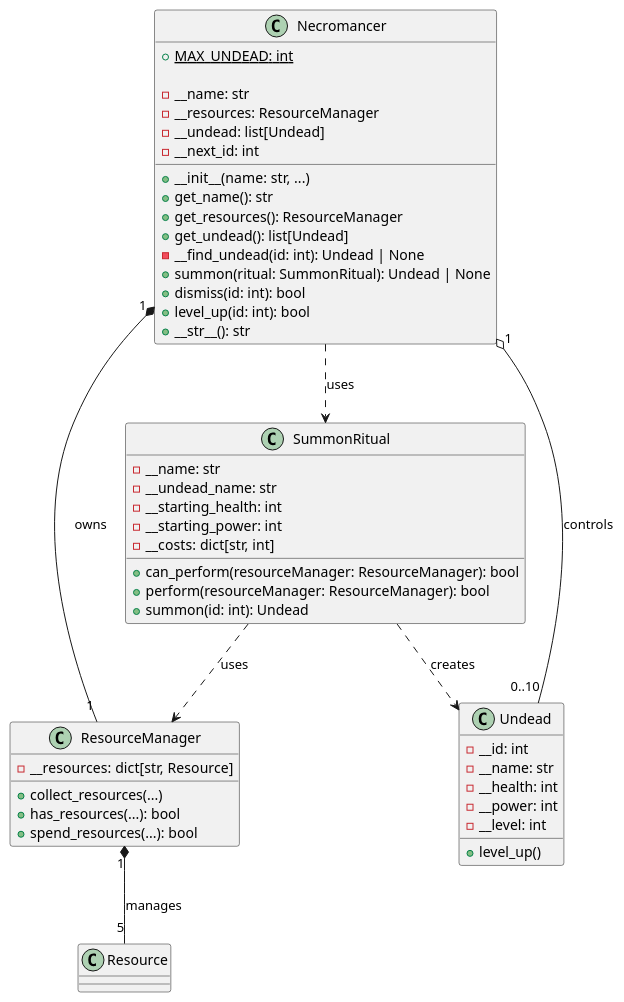
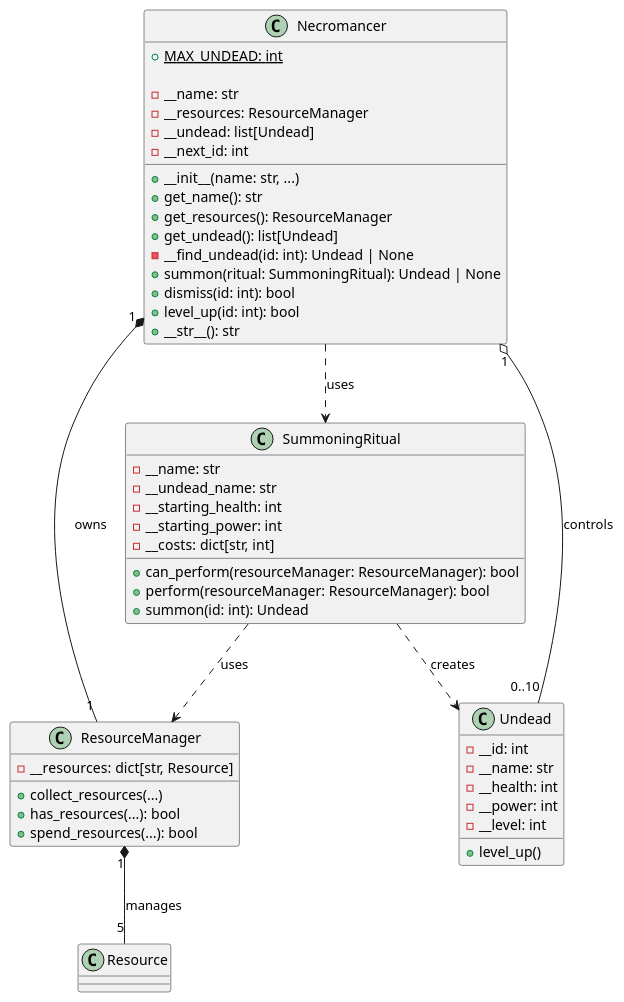
One commit to connoryyan/COMP1005_Object_Oriented_Programming changed the diagram in Project2/UML2.pu. Above: the diagram before and after it, drawn with PlantUML. The commit also changed 15 other files, not shown here.

```diff
--- a/Project2/UML2.pu
+++ b/Project2/UML2.pu
@@ -1,63 +1,63 @@
 @startuml
 
 class Necromancer {
     {static} + MAX_UNDEAD: int
 
     - __name: str
     - __resources: ResourceManager
     - __undead: list[Undead]
     - __next_id: int
 
     + __init__(name: str, ...)
     + get_name(): str
     + get_resources(): ResourceManager
     + get_undead(): list[Undead]
     - __find_undead(id: int): Undead | None
-    + summon(ritual: SummonRitual): Undead | None
+    + summon(ritual: SummoningRitual): Undead | None
     + dismiss(id: int): bool
     + level_up(id: int): bool
     + __str__(): str
 }
 
 class ResourceManager {
     - __resources: dict[str, Resource]
 
     + collect_resources(...)
     + has_resources(...): bool
     + spend_resources(...): bool
 }
 
 class Resource
 
-class SummonRitual {
+class SummoningRitual {
     - __name: str
     - __undead_name: str
     - __starting_health: int
     - __starting_power: int
     - __costs: dict[str, int]
 
     + can_perform(resourceManager: ResourceManager): bool
     + perform(resourceManager: ResourceManager): bool
     + summon(id: int): Undead
 }
 
 class Undead {
     - __id: int
     - __name: str
     - __health: int
     - __power: int
     - __level: int
 
     + level_up()
 }
 
 Necromancer "1" *-- "1" ResourceManager : owns
 ResourceManager "1" *-- "5" Resource : manages
 
 Necromancer "1" o-- "0..10" Undead : controls
 
-Necromancer ..> SummonRitual : uses
-SummonRitual ..> ResourceManager : uses
-SummonRitual ..> Undead : creates
+Necromancer ..> SummoningRitual : uses
+SummoningRitual ..> ResourceManager : uses
+SummoningRitual ..> Undead : creates
 
 @enduml
```
